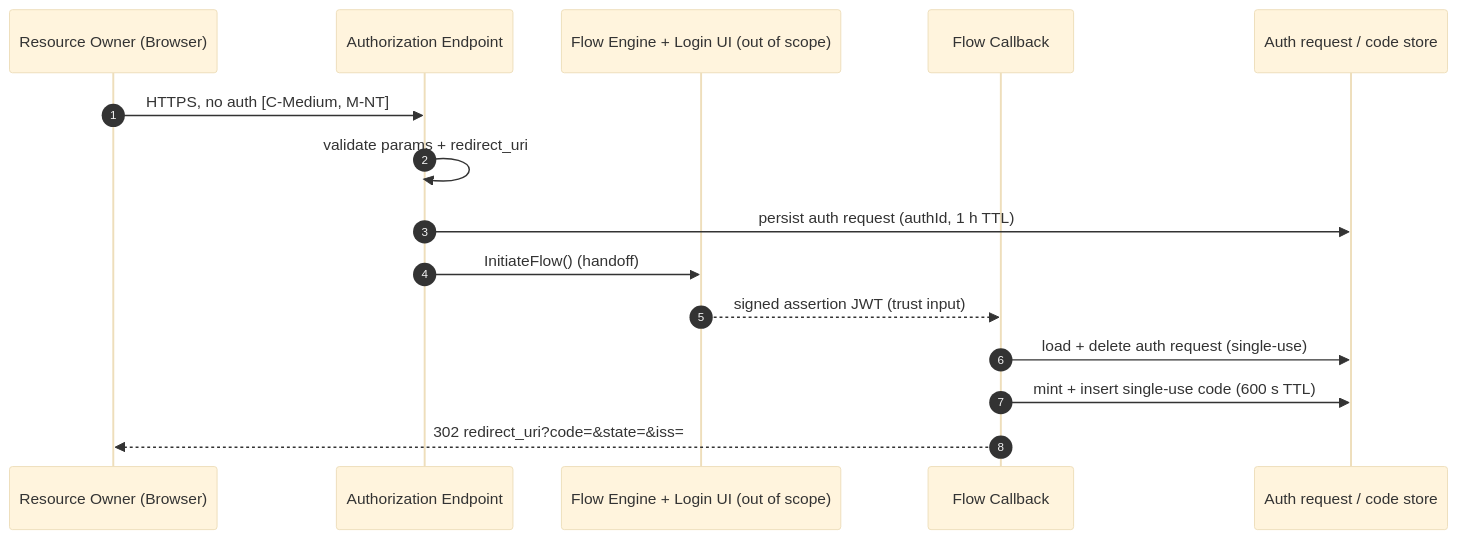
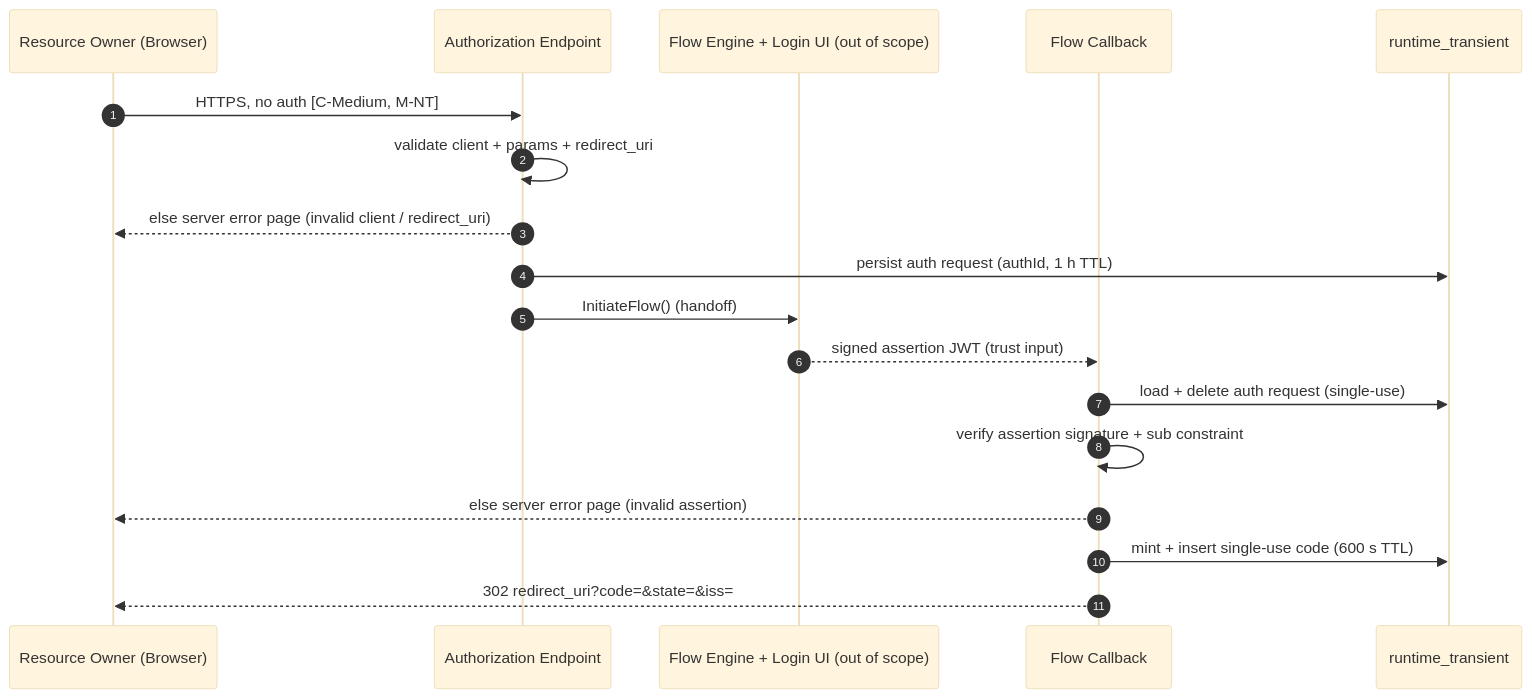
Before and after one commit to thiva-k/thunder: the second of 5 diagrams in docs-internals/oauth/authorization-and-core-grants.md, drawn with Mermaid (base theme). The commit also changed other lines of this file, not shown here.

First line of the commit message:
Simplify diagrams and align them with the real database layout

````diff
--- a/docs-internals/oauth/authorization-and-core-grants.md
+++ b/docs-internals/oauth/authorization-and-core-grants.md
@@ -192,18 +192,21 @@
 ```mermaid
 sequenceDiagram
   autonumber
   participant RO as Resource Owner (Browser)
   participant AUTHZ as Authorization Endpoint
   participant FLOW as Flow Engine + Login UI (out of scope)
   participant CB as Flow Callback
-  participant STORE as Auth request / code store
+  participant TRANSIENTDB as runtime_transient
 
   RO->>AUTHZ: HTTPS, no auth [C-Medium, M-NT]
-  AUTHZ->>AUTHZ: validate params + redirect_uri
-  AUTHZ->>STORE: persist auth request (authId, 1 h TTL)
+  AUTHZ->>AUTHZ: validate client + params + redirect_uri
+  AUTHZ-->>RO: else server error page (invalid client / redirect_uri)
+  AUTHZ->>TRANSIENTDB: persist auth request (authId, 1 h TTL)
   AUTHZ->>FLOW: InitiateFlow() (handoff)
   FLOW-->>CB: signed assertion JWT (trust input)
-  CB->>STORE: load + delete auth request (single-use)
-  CB->>STORE: mint + insert single-use code (600 s TTL)
+  CB->>TRANSIENTDB: load + delete auth request (single-use)
+  CB->>CB: verify assertion signature + sub constraint
+  CB-->>RO: else server error page (invalid assertion)
+  CB->>TRANSIENTDB: mint + insert single-use code (600 s TTL)
   CB-->>RO: 302 redirect_uri?code=&state=&iss=
 ```
````
